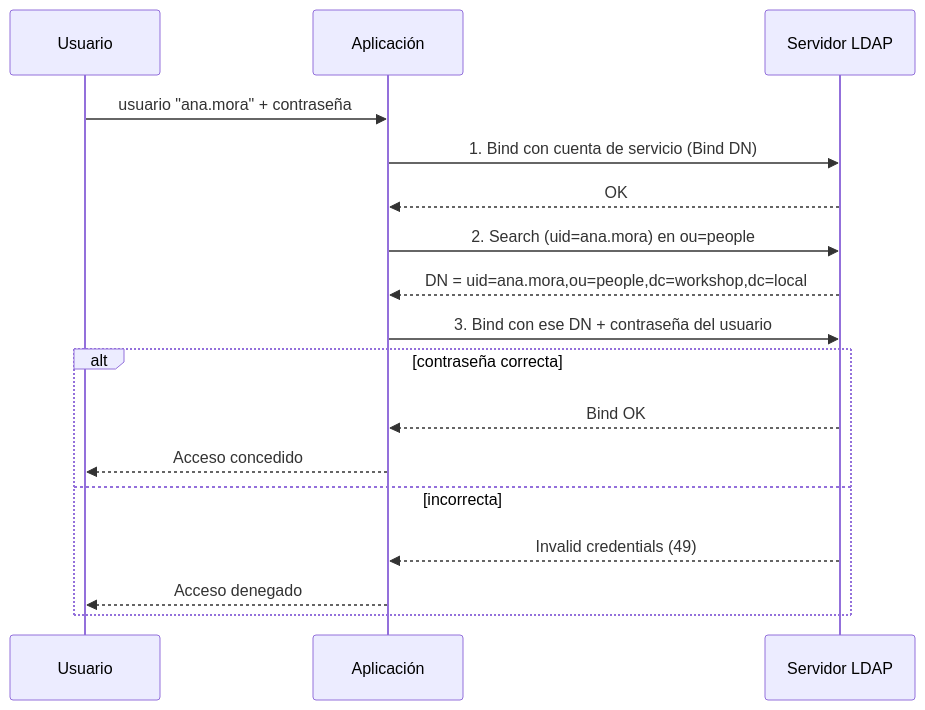
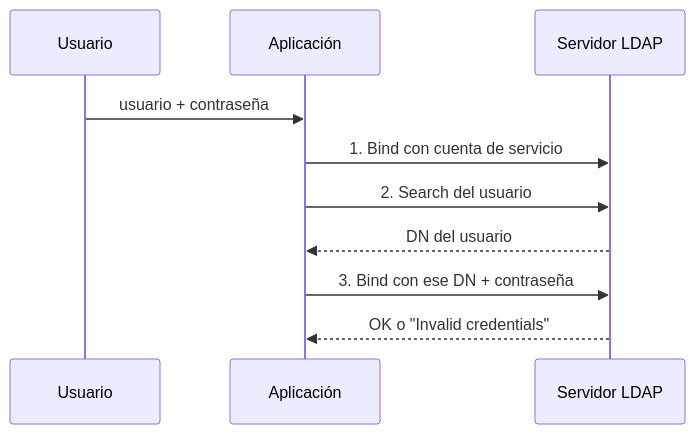
The third of 5 diagrams in README.md (carlosmmairena/workshop-ldap), drawn with Mermaid before and after one commit. The commit also changed other lines of this file and 1 other file, not shown here.

````diff
--- a/README.md
+++ b/README.md
@@ -217,19 +242,12 @@
 ```mermaid
 sequenceDiagram
     participant U as Usuario
     participant APP as Aplicación
     participant L as Servidor LDAP
-    U->>APP: usuario "ana.mora" + contraseña
-    APP->>L: 1. Bind con cuenta de servicio (Bind DN)
-    L-->>APP: OK
-    APP->>L: 2. Search (uid=ana.mora) en ou=people
-    L-->>APP: DN = uid=ana.mora,ou=people,dc=workshop,dc=local
-    APP->>L: 3. Bind con ese DN + contraseña del usuario
-    alt contraseña correcta
-        L-->>APP: Bind OK
-        APP-->>U: Acceso concedido
-    else incorrecta
-        L-->>APP: Invalid credentials (49)
-        APP-->>U: Acceso denegado
-    end
+    U->>APP: usuario + contraseña
+    APP->>L: 1. Bind con cuenta de servicio
+    APP->>L: 2. Search del usuario
+    L-->>APP: DN del usuario
+    APP->>L: 3. Bind con ese DN + contraseña
+    L-->>APP: OK o "Invalid credentials"
 ```
````
